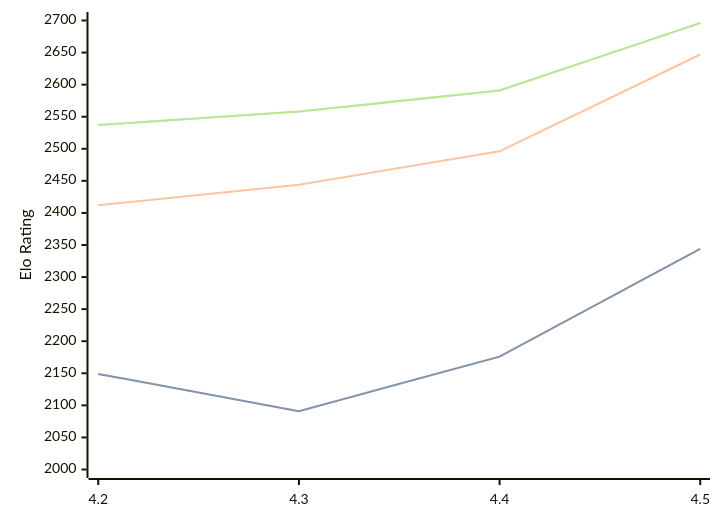
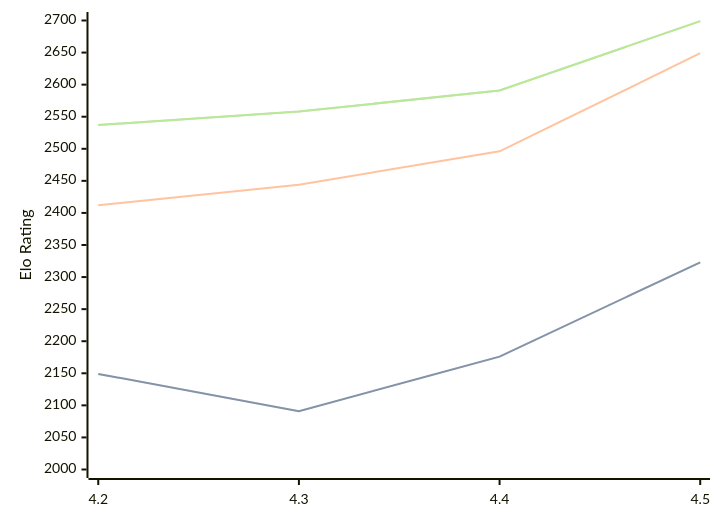
Before and after one commit to computer-chess-index/cci: the first of 3 diagrams in engines/Eubos.md, drawn with Mermaid. The commit also changed other lines of this file, not shown here.

Commit message:
Update CCI Ratings (ELO VLTC) - 2026-06-20

````diff
--- a/engines/Eubos.md
+++ b/engines/Eubos.md
@@ -90,11 +90,11 @@
 ```mermaid
 %%{init: {"theme":"base","themeVariables":{"seriesColors:['#a3a3a3','#222221','#faa371']}}}%%
 xychart-beta
   x-axis ["4.2", "4.3", "4.4", "4.5"]
   y-axis "Elo Rating" 2000 --> 2700
-  line "STC (8.0+0.08s)" [2149, 2091, 2176, 2344]
-  line "STC (8.0+0.08s)" [2149, 2091, 2176, 2344]
-  line "LTC (60.0+0.60s)" [2412, 2444, 2496, 2647]
-  line "VLTC (2m24s+1.12s)" [2537, 2558, 2591, 2696]
-  line "VLTC (2m24s+1.12s)" [2537, 2558, 2591, 2696]
+  line "STC (8.0+0.08s)" [2149, 2091, 2176, 2323]
+  line "STC (8.0+0.08s)" [2149, 2091, 2176, 2323]
+  line "LTC (60.0+0.60s)" [2412, 2444, 2496, 2649]
+  line "VLTC (2m24s+1.12s)" [2537, 2558, 2591, 2699]
+  line "VLTC (2m24s+1.12s)" [2537, 2558, 2591, 2699]
 ```
````
